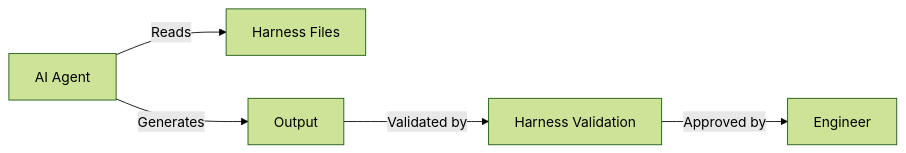
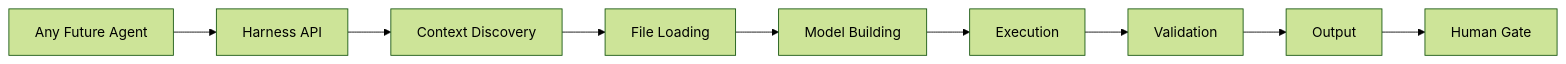
The sixth of 17 diagrams in README.md (Hatalabdallah/retail-cc-ai-playbook), drawn with Mermaid (forest theme) before and after one commit. The commit also changed other lines of this file and 1 other file, not shown here.

````diff
--- a/README.md
+++ b/README.md
@@ -281,7 +409,11 @@
 ```mermaid
 flowchart LR
-    A[AI Agent] -->|"Reads"| H[Harness Files]
-    A -->|"Generates"| O[Output]
-    O -->|"Validated by"| V[Harness Validation]
-    V -->|"Approved by"| E[Engineer]
+    AGENT[Any Future Agent] --> API[Harness API]
+    API --> CONTEXT[Context Discovery]
+    CONTEXT --> LOAD[File Loading]
+    LOAD --> MODEL[Model Building]
+    MODEL --> EXEC[Execution]
+    EXEC --> VALIDATE[Validation]
+    VALIDATE --> OUTPUT[Output]
+    OUTPUT --> HUMAN[Human Gate]
 ```
````
